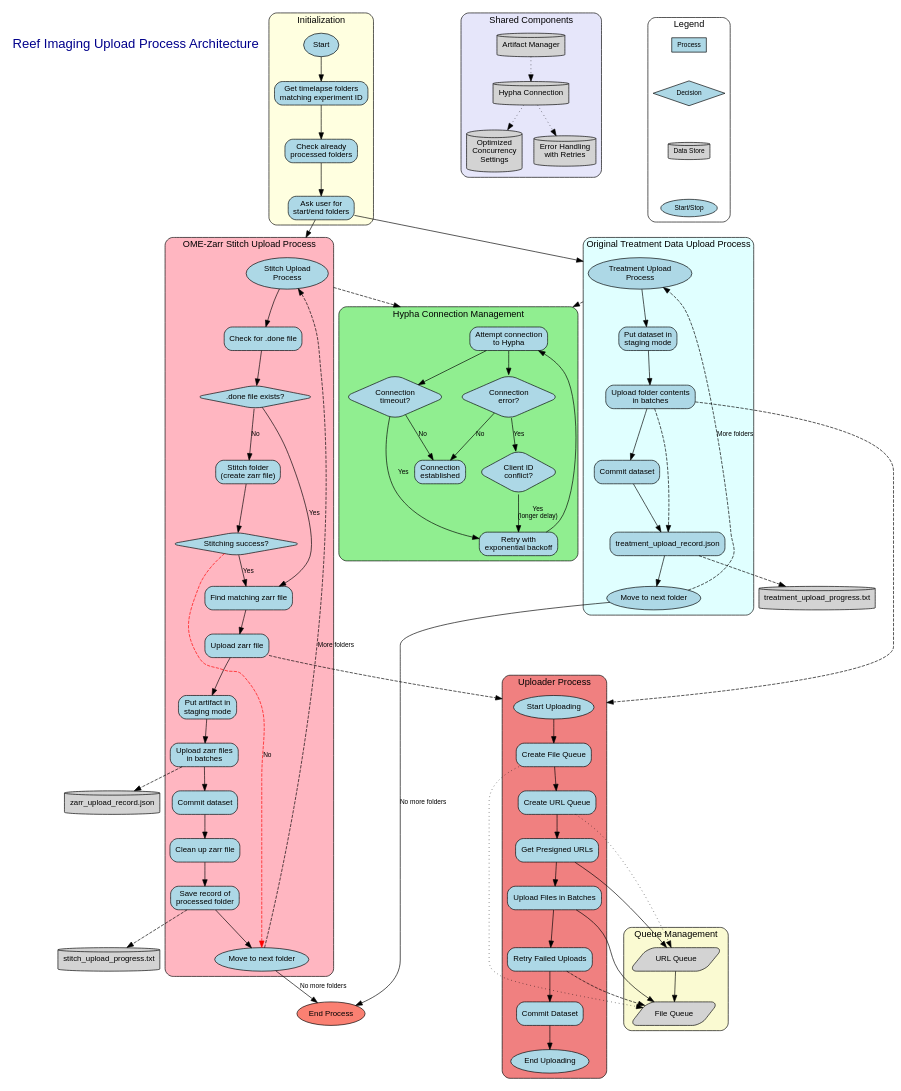
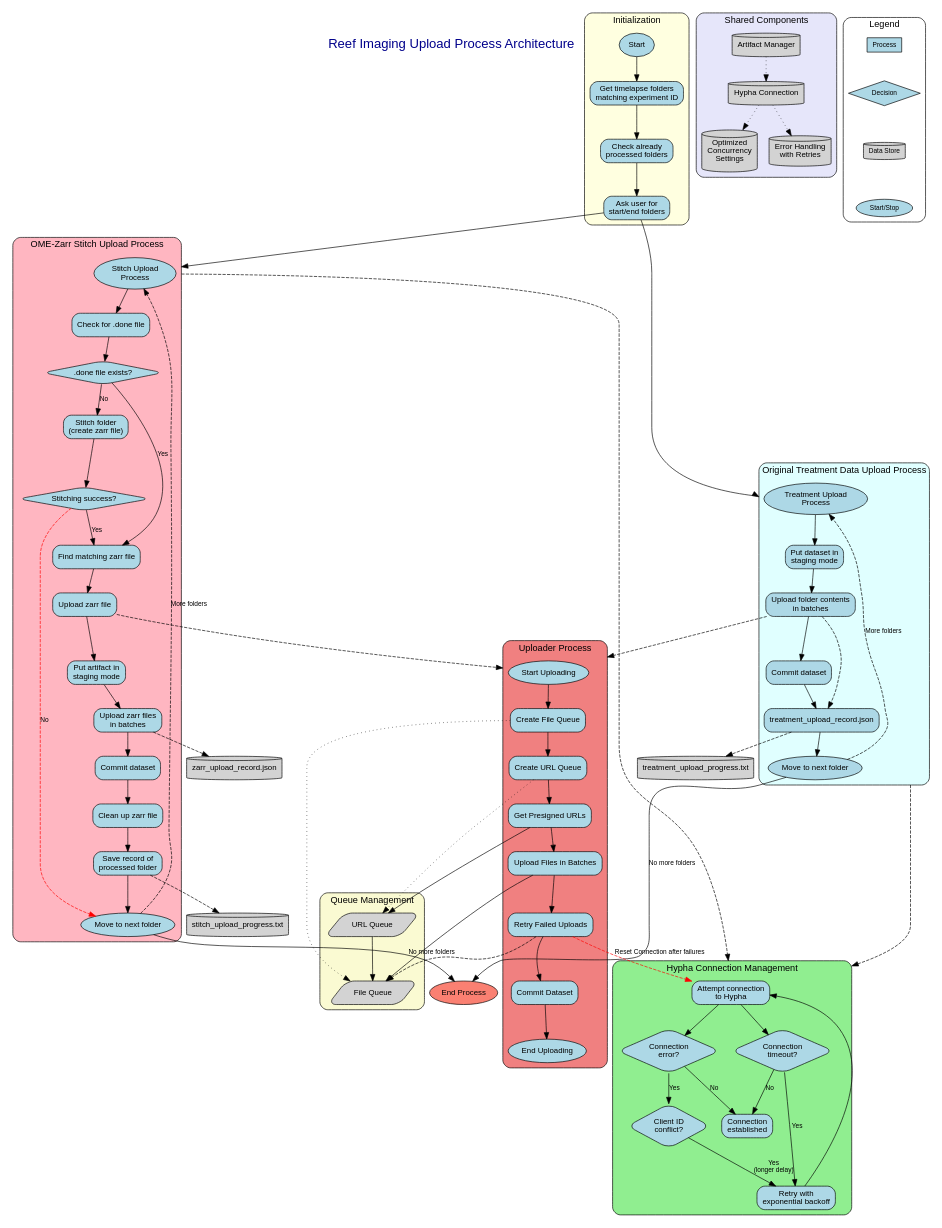
One commit to cccoolll/reef-imaging changed the diagram in reef_imaging/hypha_tools/artifact_manager/upload_process.dot. Above: the diagram before and after it, drawn with Graphviz. The commit also changed 1 other file, not shown here.

Commit message:
Update upload process DOT file

```diff
--- a/reef_imaging/hypha_tools/artifact_manager/upload_process.dot
+++ b/reef_imaging/hypha_tools/artifact_manager/upload_process.dot
@@ -198,4 +198,7 @@
         file_queue [label="File Queue", shape=parallelogram];
         url_queue [label="URL Queue", shape=parallelogram];
     }
+    
+    // Demonstrate connection reset after upload failures
+    retry_failed -> connect [style=dashed, color=red, label="Reset Connection after failures"];
 } 
```
